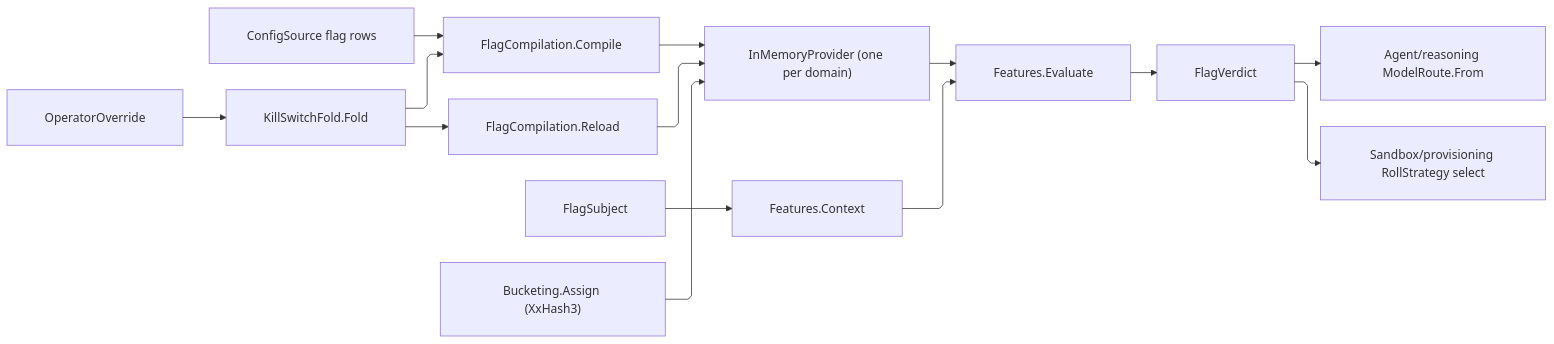
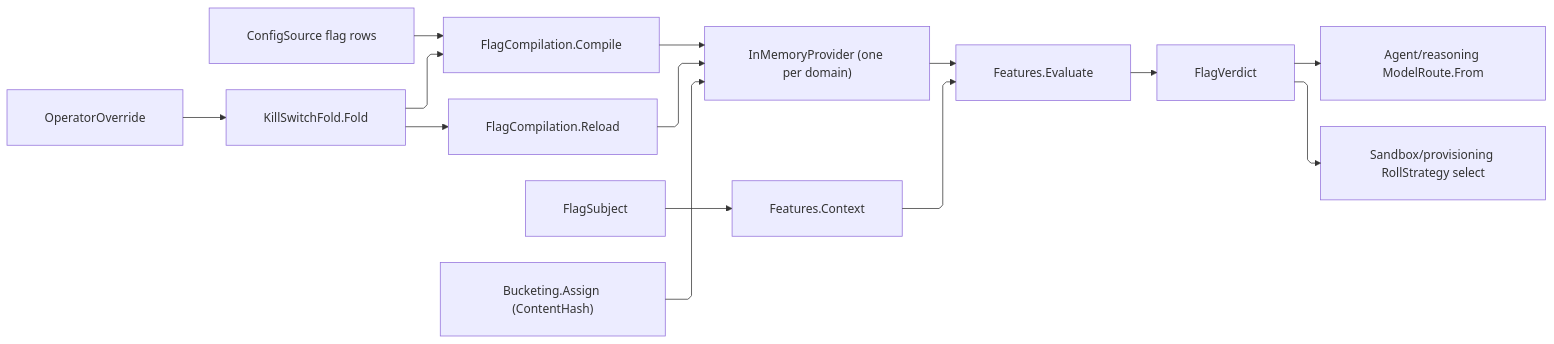
Before and after one commit to bsamiee/Rasm: the diagram in libs/csharp/Rasm.AppHost/.planning/Runtime/features.md, drawn with Mermaid. The commit also changed other lines of this file and 818 other files, not shown here.

````diff
--- a/libs/csharp/Rasm.AppHost/.planning/Runtime/features.md
+++ b/libs/csharp/Rasm.AppHost/.planning/Runtime/features.md
@@ -325,25 +388,25 @@
 ```mermaid
 ---
 config:
   layout: elk
   flowchart:
     curve: linear
     padding: 25
 ---
 flowchart LR
     accTitle: One features rail projecting a verdict to the routing consumers
     accDescr: Config flag rows compile to one in-memory provider; sticky bucketing seats a subject in a stable segment; the evaluation projects to one FlagVerdict the model-routing and fleet-roll consumers read.
     Config["ConfigSource flag rows"] --> Compile["FlagCompilation.Compile"]
     Override["OperatorOverride"] --> Kill["KillSwitchFold.Fold"]
     Kill --> Compile
     Compile --> Provider["InMemoryProvider (one per domain)"]
     Kill --> Reload["FlagCompilation.Reload"]
     Reload --> Provider
     Subject["FlagSubject"] --> Context["Features.Context"]
     Context --> Evaluate["Features.Evaluate"]
     Provider --> Evaluate
-    Bucket["Bucketing.Assign (XxHash3)"] --> Provider
+    Bucket["Bucketing.Assign (ContentHash)"] --> Provider
     Evaluate --> Verdict["FlagVerdict"]
     Verdict --> Route["Agent/reasoning ModelRoute.From"]
     Verdict --> Roll["Sandbox/provisioning RollStrategy select"]
 ```
````
